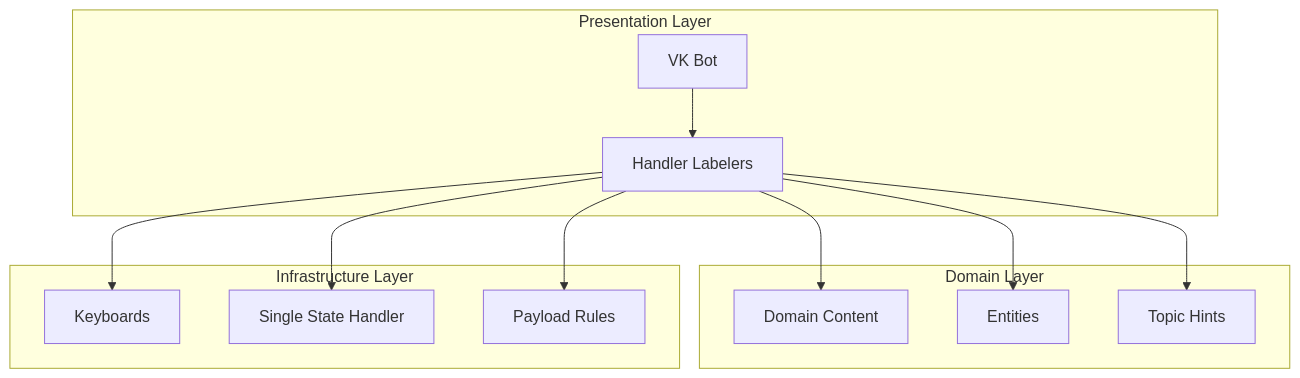
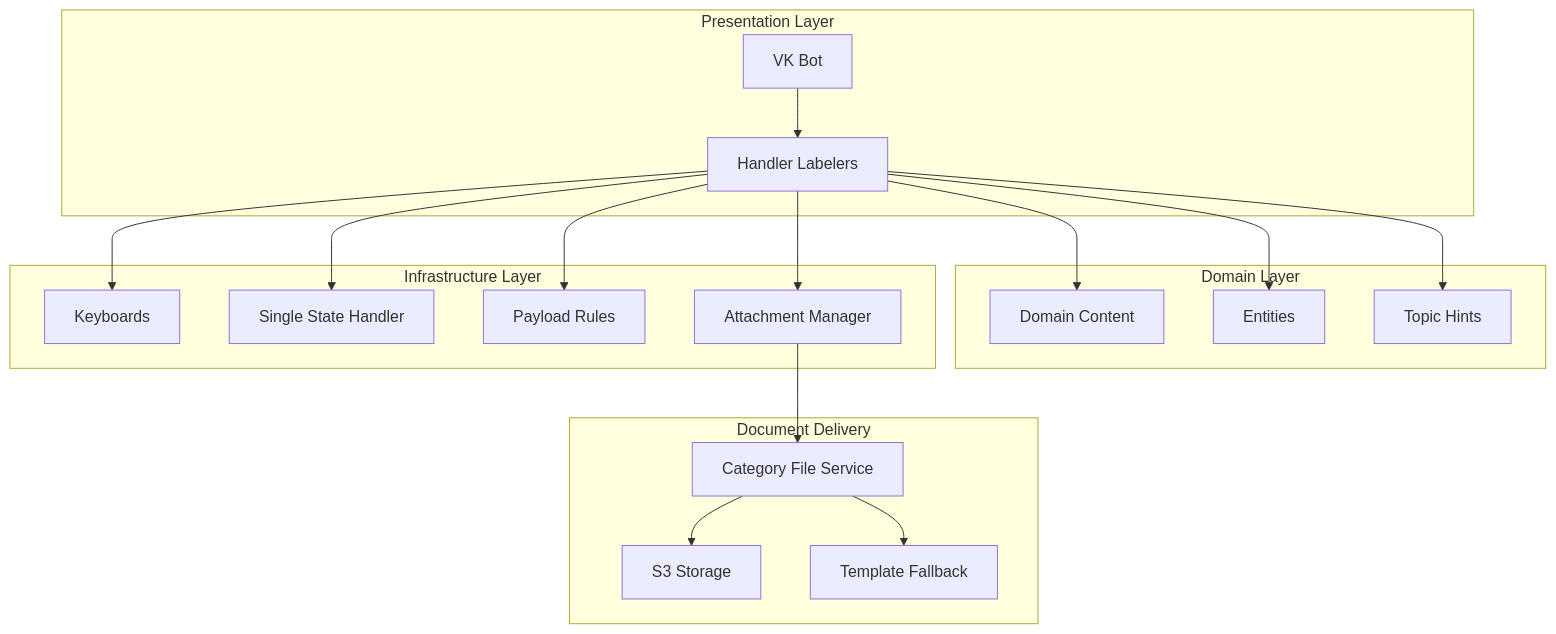
Before and after one commit to ognelis/cafetera_hr_bot: the second of 12 diagrams in .qoder/repowiki/en/content/VK Integration/Domain Content Management.md, drawn with Mermaid. The commit also changed other lines of this file and 27 other files, not shown here.

````diff
--- a/.qoder/repowiki/en/content/VK Integration/Domain Content Management.md
+++ b/.qoder/repowiki/en/content/VK Integration/Domain Content Management.md
@@ -162,24 +174,34 @@
 ```mermaid
 graph TB
 subgraph "Presentation Layer"
 BOT["VK Bot"]
 LBLS["Handler Labelers"]
 end
 subgraph "Domain Layer"
 DCNT["Domain Content"]
 DENT["Entities"]
 DTH["Topic Hints"]
 end
 subgraph "Infrastructure Layer"
 KBD["Keyboards"]
 STS["Single State Handler"]
 RUL["Payload Rules"]
+ATT["Attachment Manager"]
+end
+subgraph "Document Delivery"
+CAT["Category File Service"]
+S3["S3 Storage"]
+END["Template Fallback"]
 end
 BOT --> LBLS
 LBLS --> DCNT
 LBLS --> DENT
 LBLS --> DTH
 LBLS --> KBD
 LBLS --> STS
 LBLS --> RUL
+LBLS --> ATT
+ATT --> CAT
+CAT --> S3
+CAT --> END
 ```
````
